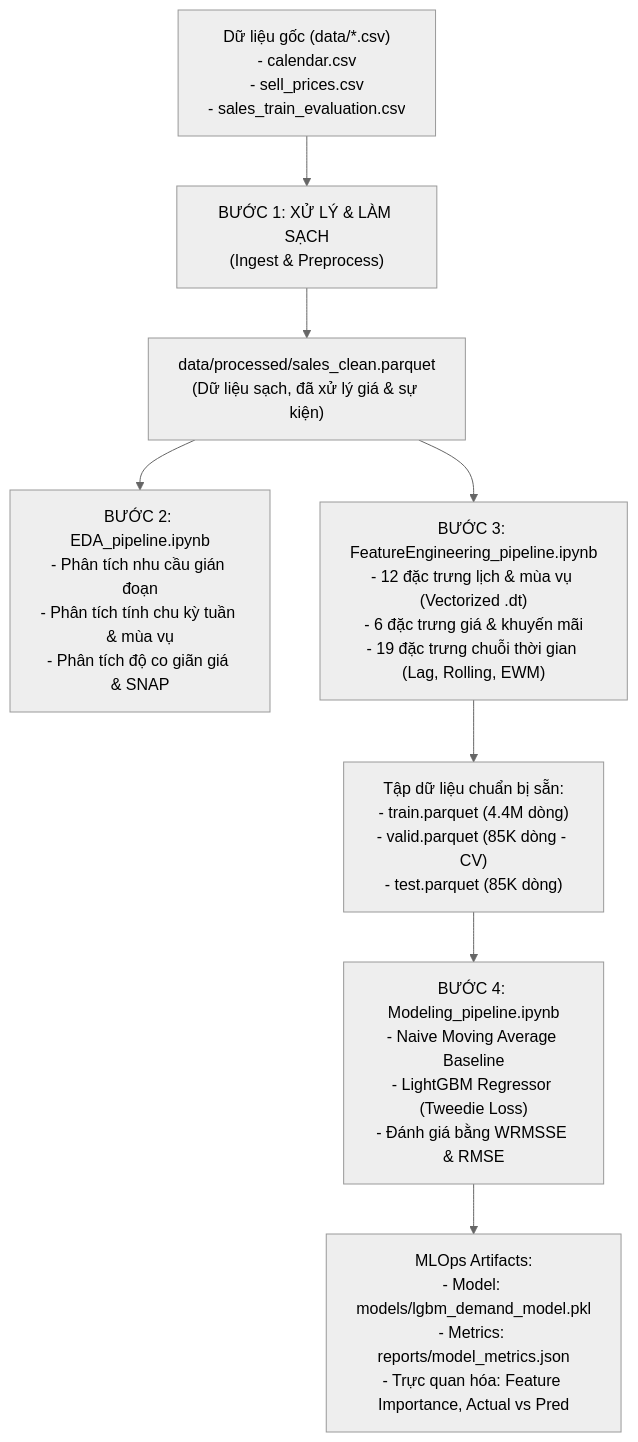
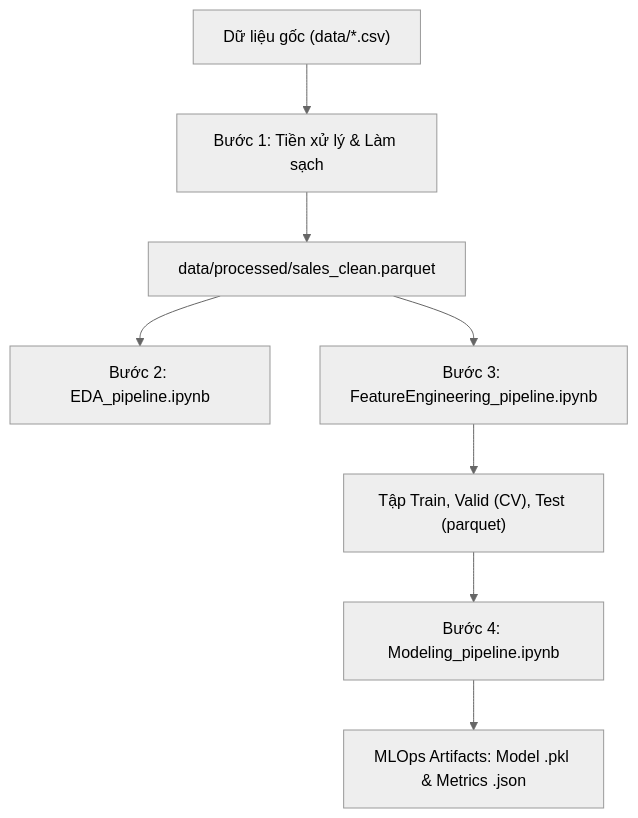
The diagram in README.md (ChooseWrongMajor/ProductDemandForcasting), drawn with Mermaid (neutral theme) before and after one commit. The commit also changed other lines of this file, not shown here.

Commit message:
fix(docs): format mermaid diagram and math formulas for github rendering

````diff
--- a/README.md
+++ b/README.md
@@ -24,15 +24,10 @@
 ```mermaid
 flowchart TD
-    A["Dữ liệu gốc (data/*.csv)<br/>- calendar.csv<br/>- sell_prices.csv<br/>- sales_train_evaluation.csv"] --> B["BƯỚC 1: XỬ LÝ & LÀM SẠCH<br/>(Ingest & Preprocess)"]
-    B --> C["data/processed/sales_clean.parquet<br/>(Dữ liệu sạch, đã xử lý giá & sự kiện)"]
-    
-    C --> D["BƯỚC 2: EDA_pipeline.ipynb<br/>- Phân tích nhu cầu gián đoạn<br/>- Phân tích tính chu kỳ tuần & mùa vụ<br/>- Phân tích độ co giãn giá & SNAP"]
-    
-    C --> E["BƯỚC 3: FeatureEngineering_pipeline.ipynb<br/>- 12 đặc trưng lịch & mùa vụ (Vectorized .dt)<br/>- 6 đặc trưng giá & khuyến mãi<br/>- 19 đặc trưng chuỗi thời gian (Lag, Rolling, EWM)"]
-    
-    E --> F["Tập dữ liệu chuẩn bị sẵn:<br/>- train.parquet (4.4M dòng)<br/>- valid.parquet (85K dòng - CV)<br/>- test.parquet (85K dòng)"]
-    
-    F --> G["BƯỚC 4: Modeling_pipeline.ipynb<br/>- Naive Moving Average Baseline<br/>- LightGBM Regressor (Tweedie Loss)<br/>- Đánh giá bằng WRMSSE & RMSE"]
-    
-    G --> H["MLOps Artifacts:<br/>- Model: models/lgbm_demand_model.pkl<br/>- Metrics: reports/model_metrics.json<br/>- Trực quan hóa: Feature Importance, Actual vs Pred"]
+    A["Dữ liệu gốc (data/*.csv)"] --> B["Bước 1: Tiền xử lý & Làm sạch"]
+    B --> C["data/processed/sales_clean.parquet"]
+    C --> D["Bước 2: EDA_pipeline.ipynb"]
+    C --> E["Bước 3: FeatureEngineering_pipeline.ipynb"]
+    E --> F["Tập Train, Valid (CV), Test (parquet)"]
+    F --> G["Bước 4: Modeling_pipeline.ipynb"]
+    G --> H["MLOps Artifacts: Model .pkl & Metrics .json"]
 ```
````
